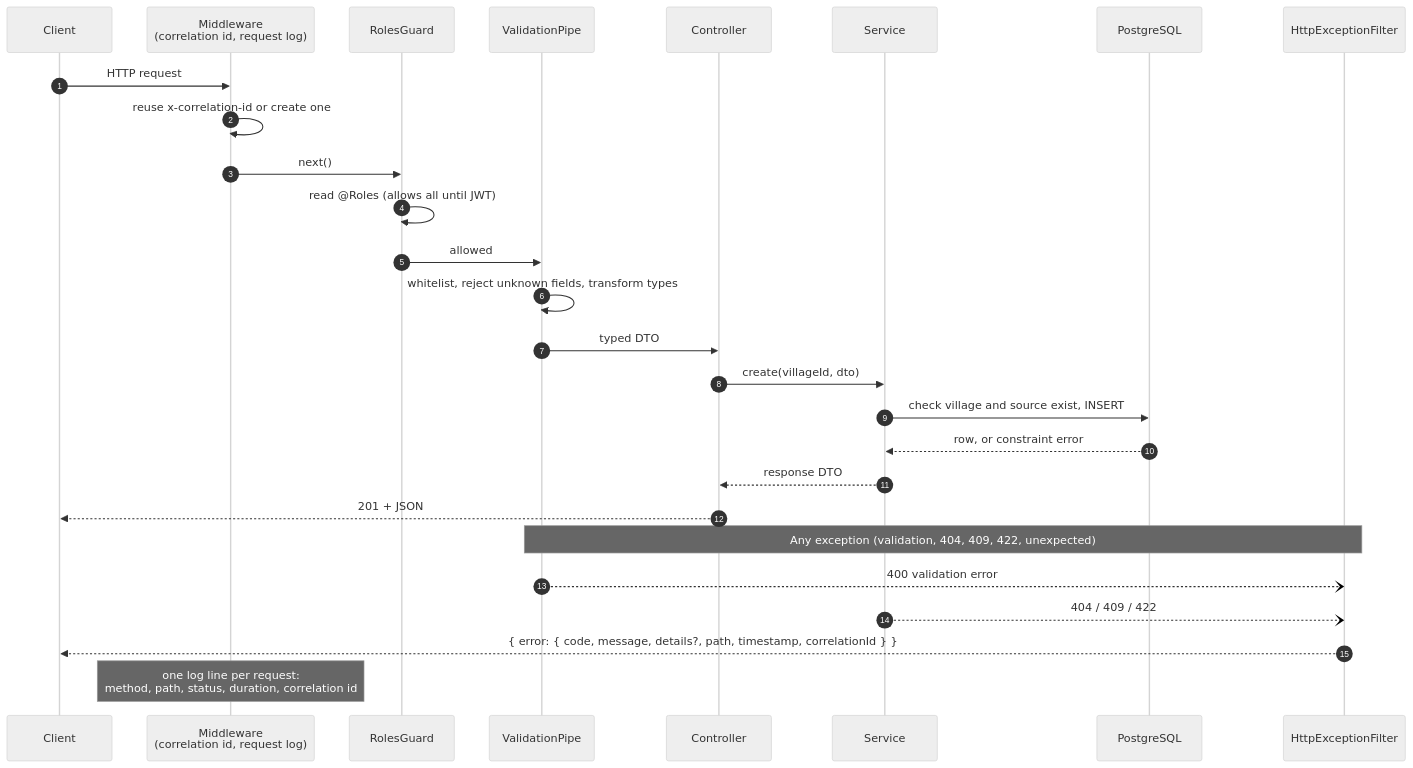
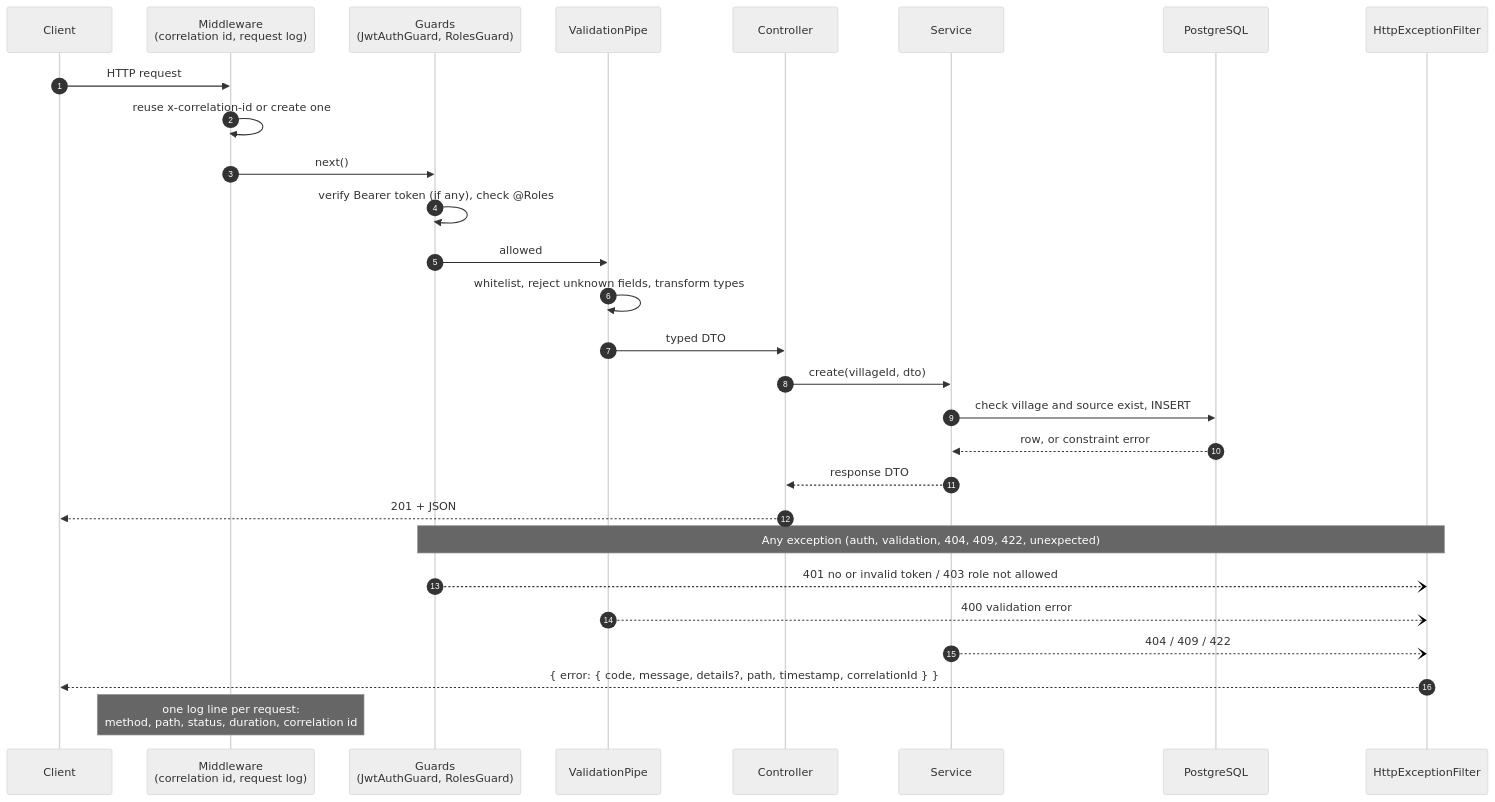
Before and after one commit to qaryati-Org/qaryati: the fourth of 5 diagrams in docs/architecture.md, drawn with Mermaid (neutral theme). The commit also changed other lines of this file, not shown here.

Commit message:
docs(architecture): describe JWT guards and enforced roles

````diff
--- a/docs/architecture.md
+++ b/docs/architecture.md
@@ -135,31 +135,32 @@
 ```mermaid
 sequenceDiagram
     autonumber
     participant C as Client
     participant MW as Middleware<br/>(correlation id, request log)
-    participant G as RolesGuard
+    participant G as Guards<br/>(JwtAuthGuard, RolesGuard)
     participant P as ValidationPipe
     participant Ctl as Controller
     participant Svc as Service
     participant DB as PostgreSQL
     participant F as HttpExceptionFilter
 
     C->>MW: HTTP request
     MW->>MW: reuse x-correlation-id or create one
     MW->>G: next()
-    G->>G: read @Roles (allows all until JWT)
+    G->>G: verify Bearer token (if any), check @Roles
     G->>P: allowed
     P->>P: whitelist, reject unknown fields, transform types
     P->>Ctl: typed DTO
     Ctl->>Svc: create(villageId, dto)
     Svc->>DB: check village and source exist, INSERT
     DB-->>Svc: row, or constraint error
     Svc-->>Ctl: response DTO
     Ctl-->>C: 201 + JSON
 
-    Note over P,F: Any exception (validation, 404, 409, 422, unexpected)
+    Note over G,F: Any exception (auth, validation, 404, 409, 422, unexpected)
+    G--)F: 401 no or invalid token / 403 role not allowed
     P--)F: 400 validation error
     Svc--)F: 404 / 409 / 422
     F-->>C: { error: { code, message, details?, path, timestamp, correlationId } }
     Note over MW: one log line per request:<br/>method, path, status, duration, correlation id
 ```
````
